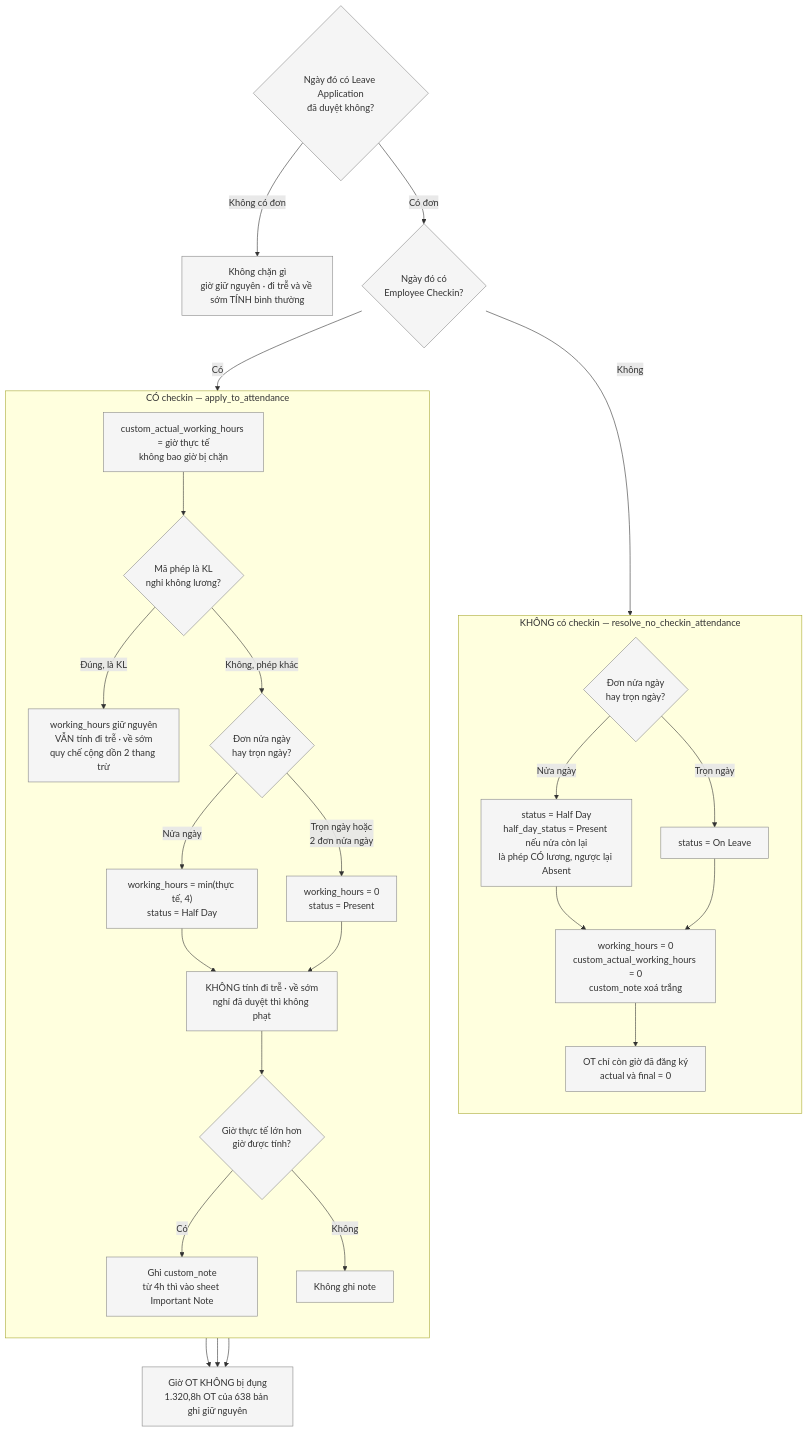
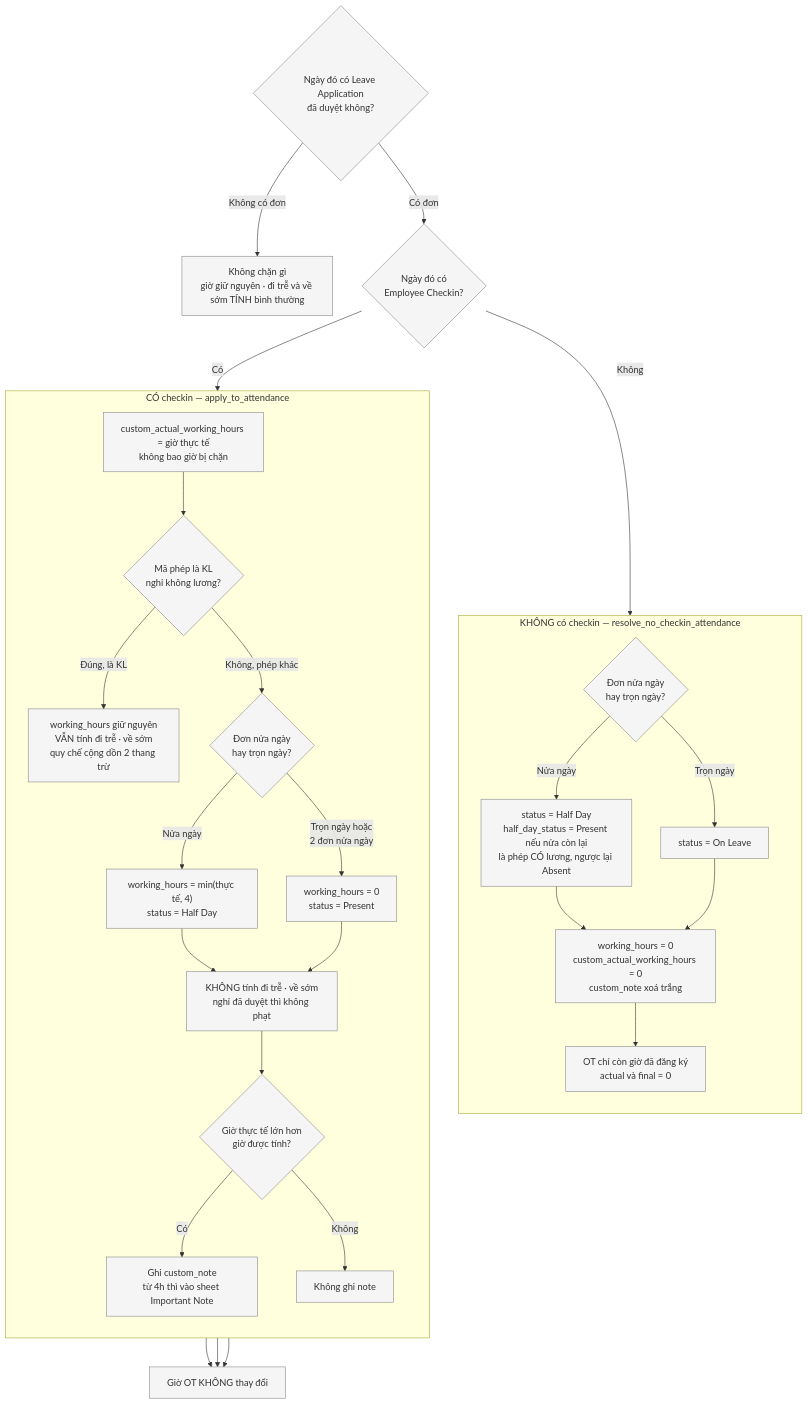
Before and after one commit to nguyenson-toray/customize_erpnext: the third of 8 diagrams in customize_erpnext/docs/flowchart/payroll.md, drawn with Mermaid. The commit also changed other lines of this file and 3 other files, not shown here.

````diff
--- a/customize_erpnext/docs/flowchart/payroll.md
+++ b/customize_erpnext/docs/flowchart/payroll.md
@@ -80,39 +105,39 @@
 ```mermaid
 flowchart TD
     classDef default fill:#F5F5F5,stroke:#888888,color:#333333;
 
     Z{Ngày đó có Leave Application<br/>đã duyệt không?}
     Z -->|Không có đơn| Z1[Không chặn gì<br/>giờ giữ nguyên · đi trễ và về sớm TÍNH bình thường]
     Z -->|Có đơn| B{Ngày đó có<br/>Employee Checkin?}
 
     subgraph NOCK["KHÔNG có checkin — resolve_no_checkin_attendance"]
         direction TB
         N1{Đơn nửa ngày<br/>hay trọn ngày?}
         N1 -->|Nửa ngày| N2["status = Half Day<br/>half_day_status = Present nếu nửa còn lại<br/>là phép CÓ lương, ngược lại Absent"]
         N1 -->|Trọn ngày| N3[status = On Leave]
         N2 --> N4[working_hours = 0<br/>custom_actual_working_hours = 0<br/>custom_note xoá trắng]
         N3 --> N4
         N4 --> N5[OT chỉ còn giờ đã đăng ký<br/>actual và final = 0]
     end
 
     subgraph CK["CÓ checkin — apply_to_attendance"]
         direction TB
         C1[custom_actual_working_hours = giờ thực tế<br/>không bao giờ bị chặn]
         C1 --> C2{Mã phép là KL<br/>nghỉ không lương?}
         C2 -->|Đúng, là KL| C3[working_hours giữ nguyên<br/>VẪN tính đi trễ · về sớm<br/>quy chế cộng dồn 2 thang trừ]
         C2 -->|Không, phép khác| C4{Đơn nửa ngày<br/>hay trọn ngày?}
         C4 -->|Nửa ngày| C5["working_hours = min(thực tế, 4)<br/>status = Half Day"]
         C4 -->|Trọn ngày hoặc<br/>2 đơn nửa ngày| C6[working_hours = 0<br/>status = Present]
         C5 --> C7[KHÔNG tính đi trễ · về sớm<br/>nghỉ đã duyệt thì không phạt]
         C6 --> C7
         C7 --> C8{Giờ thực tế lớn hơn<br/>giờ được tính?}
         C8 -->|Có| C9[Ghi custom_note<br/>từ 4h thì vào sheet Important Note]
         C8 -->|Không| C10[Không ghi note]
     end
 
     B -->|Không| N1
     B -->|Có| C1
-    C3 --> OT[Giờ OT KHÔNG bị đụng<br/>1.320,8h OT của 638 bản ghi giữ nguyên]
+    C3 --> OT[Giờ OT KHÔNG thay đổi]
     C9 --> OT
     C10 --> OT
 ```
````
